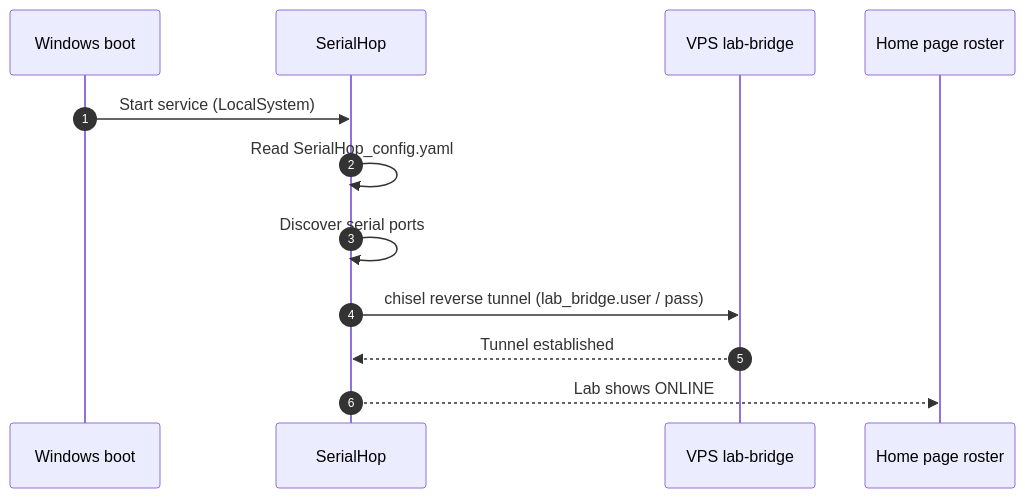
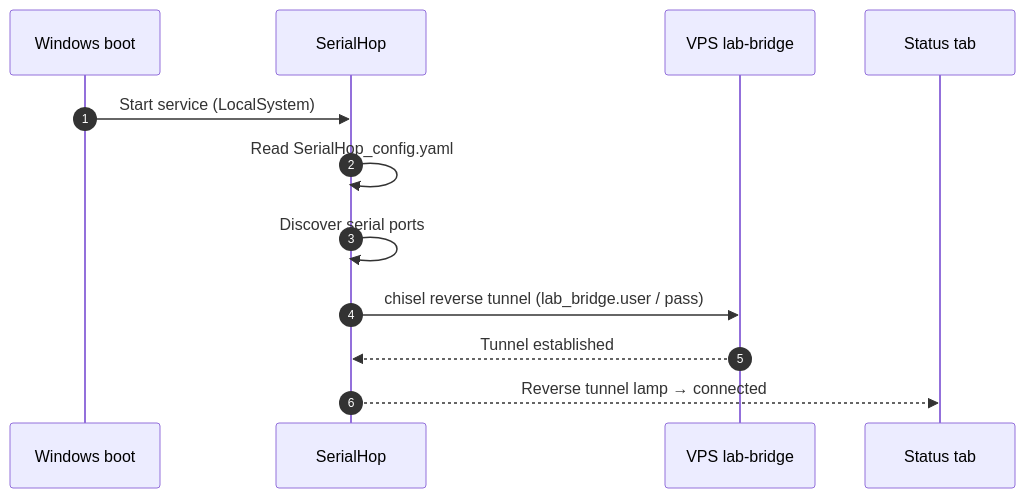
Before and after one commit to bioexperiment-lab-devices/lab-bridge: the diagram in public_docs/operator/setup-lab-pc.md, drawn with Mermaid. The commit also changed other lines of this file and 2 other files, not shown here.

````diff
--- a/public_docs/operator/setup-lab-pc.md
+++ b/public_docs/operator/setup-lab-pc.md
@@ -51,15 +45,15 @@
 ```mermaid
 sequenceDiagram
     autonumber
     participant W as Windows boot
     participant S as SerialHop
     participant V as VPS lab-bridge
-    participant H as Home page roster
+    participant P as Status tab
 
     W->>S: Start service (LocalSystem)
     S->>S: Read SerialHop_config.yaml
     S->>S: Discover serial ports
     S->>V: chisel reverse tunnel (lab_bridge.user / pass)
     V-->>S: Tunnel established
-    S-->>H: Lab shows ONLINE
+    S-->>P: Reverse tunnel lamp → connected
 ```
````
